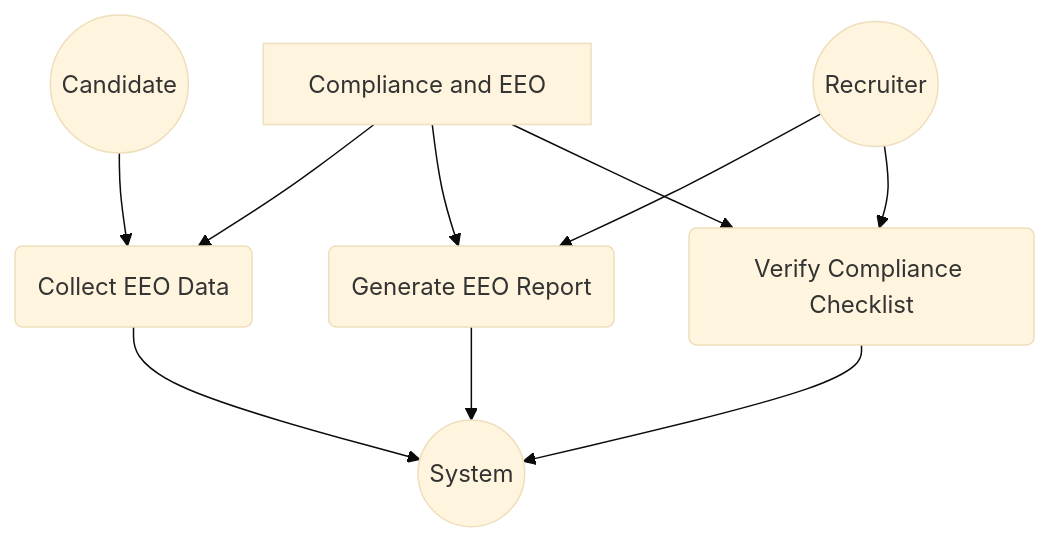
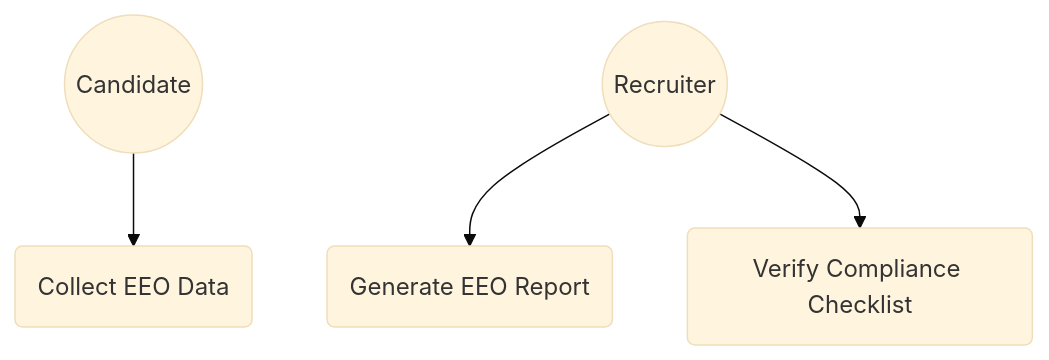
Before and after one commit to rgarciademarina/AI4Devs-design-rgm: the tenth of 26 diagrams in LTI-JACA/LTI-JACA.md, drawn with Mermaid (base theme). The commit also changed other lines of this file and 1 other file, not shown here.

Commit message:
Improve diagrams after feedback provided in class to make them more consistent

````diff
--- a/LTI-JACA/LTI-JACA.md
+++ b/LTI-JACA/LTI-JACA.md
@@ -689,15 +613,6 @@
 ```mermaid
 graph TD
-    A[Compliance and EEO]
-    A --> B(Collect EEO Data)
-    A --> C(Generate EEO Report)
-    A --> D(Verify Compliance Checklist)
-    
-    B --> E((System))
-    C --> E
-    D --> E
-    
-    F((Candidate)) --> B
-    G((Recruiter)) --> C
-    G --> D
+    F((Candidate)) --> B(Collect EEO Data)
+    G((Recruiter)) --> C(Generate EEO Report)
+    G --> D(Verify Compliance Checklist)
 ```
````
